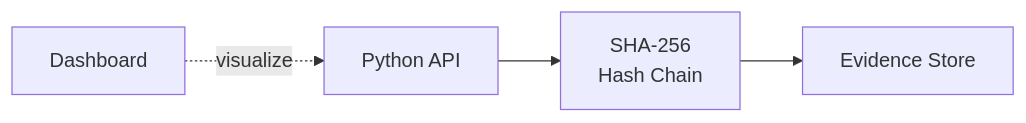
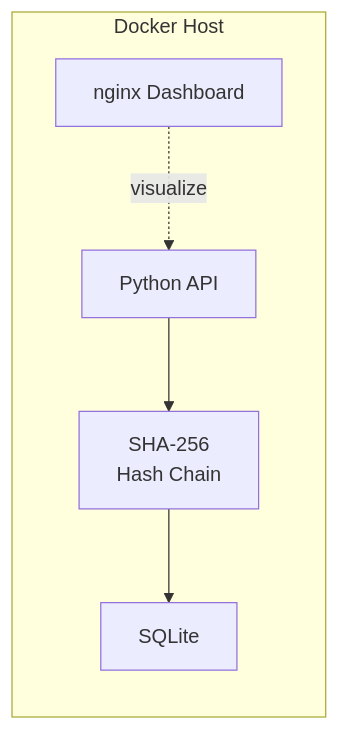
The fifth of 5 diagrams in README.md (GABRIELS562/Architecture-), drawn with Mermaid before and after one commit. The commit also changed other lines of this file, not shown here.

````diff
--- a/README.md
+++ b/README.md
@@ -116,6 +213,12 @@
 ```mermaid
 flowchart LR
-    API["Python API"] --> HASH["SHA-256<br/>Hash Chain"]
-    HASH --> DB["Evidence Store"]
-    DASH["Dashboard"] -.->|visualize| API
+    subgraph Server2["Docker Host"]
+        API["Python API"]
+        HASH["SHA-256<br/>Hash Chain"]
+        DB["SQLite"]
+        DASH["nginx Dashboard"]
+    end
+
+    API --> HASH --> DB
+    DASH -.->|visualize| API
 ```
````
